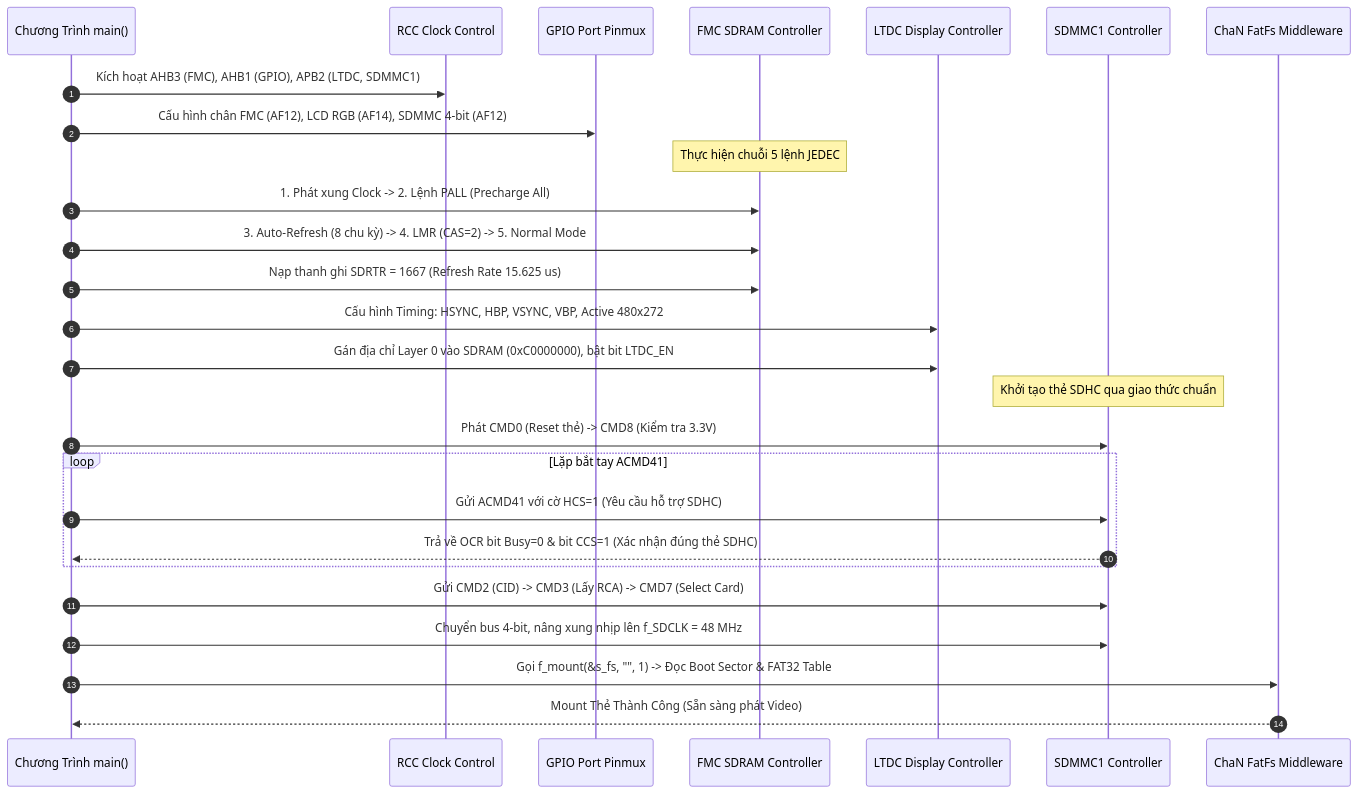
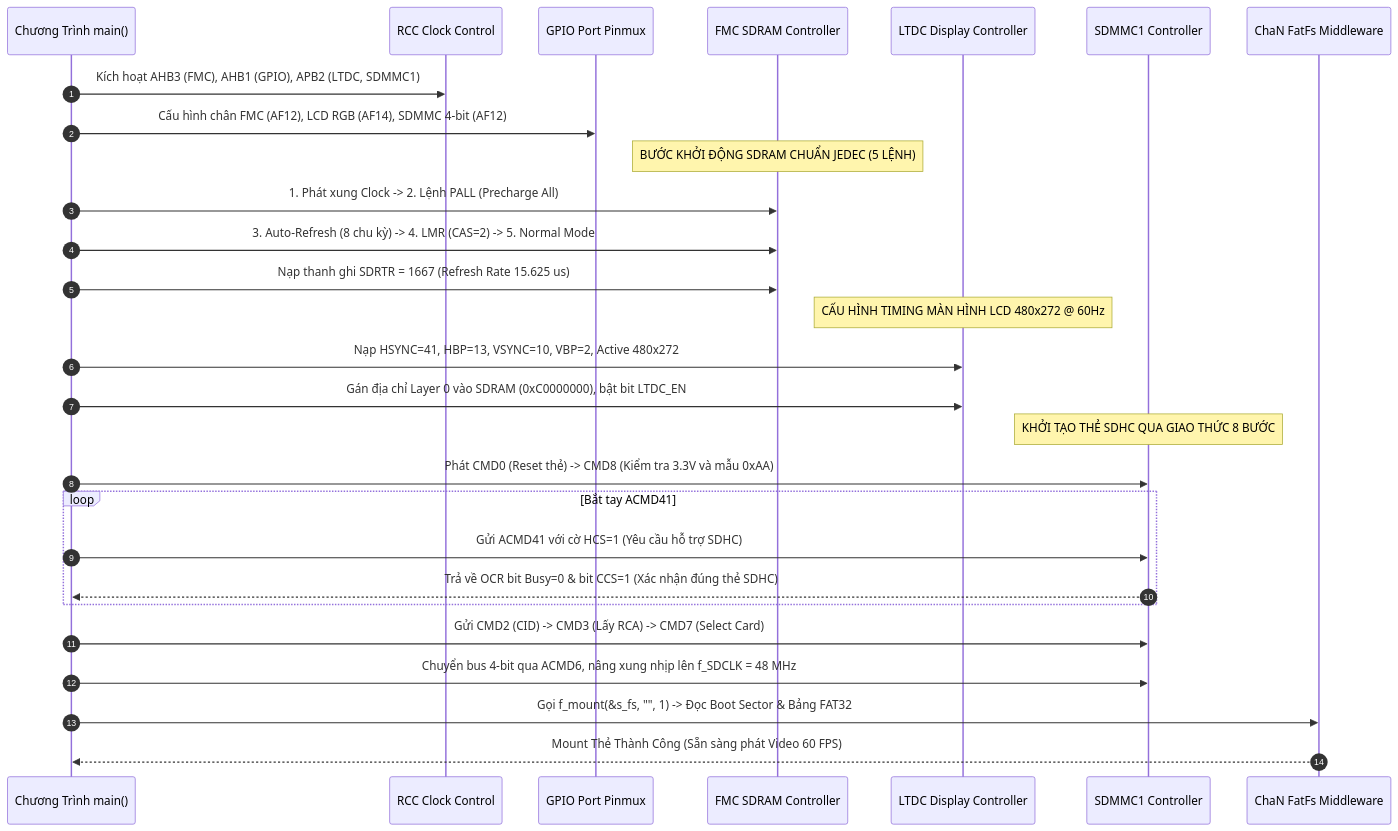
Before and after one commit to HuynhTran112/source: the first of 3 diagrams in project2_video_playback_interview.md, drawn with Mermaid. The commit also changed other lines of this file and 1 other file, not shown here.

````diff
--- a/project2_video_playback_interview.md
+++ b/project2_video_playback_interview.md
@@ -175,34 +267,35 @@
 ```mermaid
 sequenceDiagram
     autonumber
     participant Main as Chương Trình main()
     participant RCC as RCC Clock Control
     participant GPIO as GPIO Port Pinmux
     participant FMC as FMC SDRAM Controller
     participant LTDC as LTDC Display Controller
     participant SD as SDMMC1 Controller
     participant FAT as ChaN FatFs Middleware
 
     Main->>RCC: Kích hoạt AHB3 (FMC), AHB1 (GPIO), APB2 (LTDC, SDMMC1)
     Main->>GPIO: Cấu hình chân FMC (AF12), LCD RGB (AF14), SDMMC 4-bit (AF12)
     
-    Note over FMC: Thực hiện chuỗi 5 lệnh JEDEC
+    Note over FMC: BƯỚC KHỞI ĐỘNG SDRAM CHUẨN JEDEC (5 LỆNH)
     Main->>FMC: 1. Phát xung Clock -> 2. Lệnh PALL (Precharge All)
     Main->>FMC: 3. Auto-Refresh (8 chu kỳ) -> 4. LMR (CAS=2) -> 5. Normal Mode
     Main->>FMC: Nạp thanh ghi SDRTR = 1667 (Refresh Rate 15.625 us)
     
-    Main->>LTDC: Cấu hình Timing: HSYNC, HBP, VSYNC, VBP, Active 480x272
+    Note over LTDC: CẤU HÌNH TIMING MÀN HÌNH LCD 480x272 @ 60Hz
+    Main->>LTDC: Nạp HSYNC=41, HBP=13, VSYNC=10, VBP=2, Active 480x272
     Main->>LTDC: Gán địa chỉ Layer 0 vào SDRAM (0xC0000000), bật bit LTDC_EN
     
-    Note over SD: Khởi tạo thẻ SDHC qua giao thức chuẩn
-    Main->>SD: Phát CMD0 (Reset thẻ) -> CMD8 (Kiểm tra 3.3V)
-    loop Lặp bắt tay ACMD41
+    Note over SD: KHỞI TẠO THẺ SDHC QUA GIAO THỨC 8 BƯỚC
+    Main->>SD: Phát CMD0 (Reset thẻ) -> CMD8 (Kiểm tra 3.3V và mẫu 0xAA)
+    loop Bắt tay ACMD41
         Main->>SD: Gửi ACMD41 với cờ HCS=1 (Yêu cầu hỗ trợ SDHC)
         SD-->>Main: Trả về OCR bit Busy=0 & bit CCS=1 (Xác nhận đúng thẻ SDHC)
     end
     Main->>SD: Gửi CMD2 (CID) -> CMD3 (Lấy RCA) -> CMD7 (Select Card)
-    Main->>SD: Chuyển bus 4-bit, nâng xung nhịp lên f_SDCLK = 48 MHz
+    Main->>SD: Chuyển bus 4-bit qua ACMD6, nâng xung nhịp lên f_SDCLK = 48 MHz
     
-    Main->>FAT: Gọi f_mount(&s_fs, "", 1) -> Đọc Boot Sector & FAT32 Table
-    FAT-->>Main: Mount Thẻ Thành Công (Sẵn sàng phát Video)
+    Main->>FAT: Gọi f_mount(&s_fs, "", 1) -> Đọc Boot Sector & Bảng FAT32
+    FAT-->>Main: Mount Thẻ Thành Công (Sẵn sàng phát Video 60 FPS)
 ```
````
